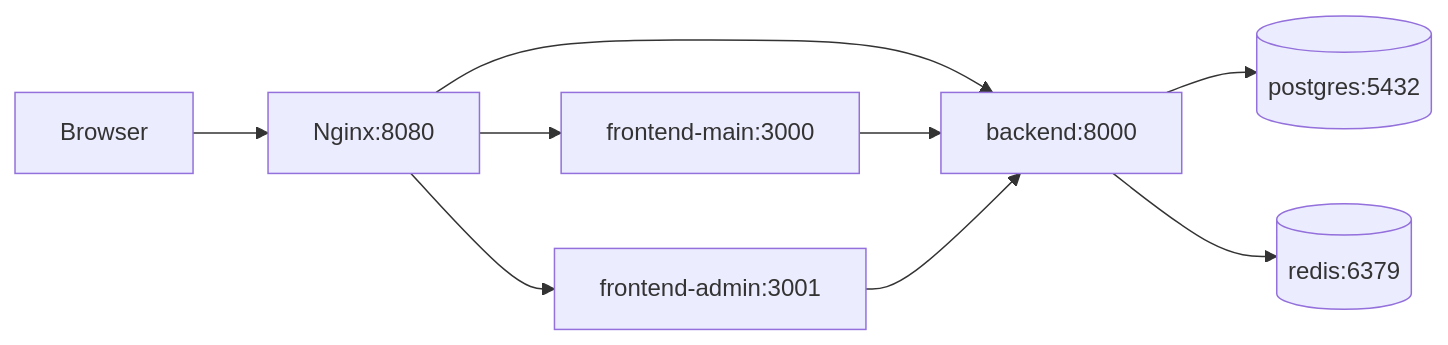
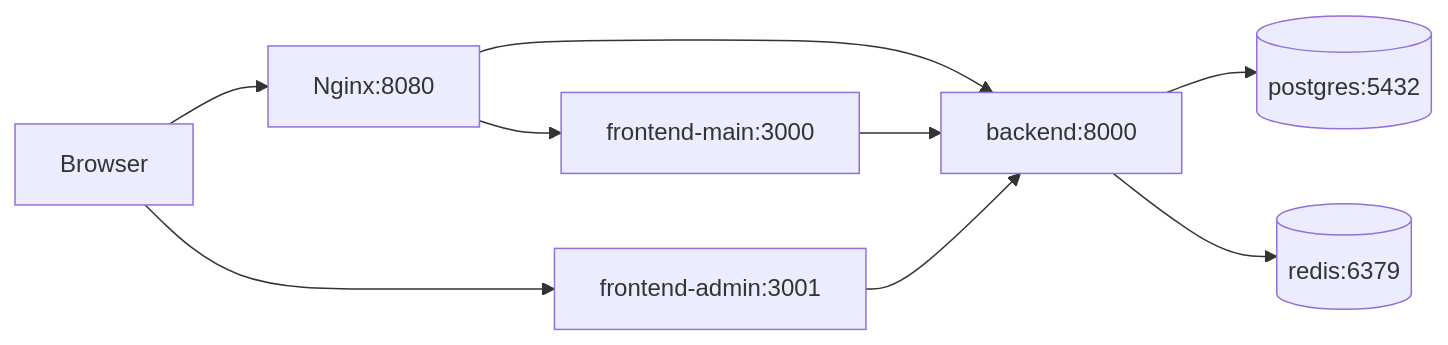
Before and after one commit to ashikur-rahman-fh/multi-app-starter: the diagram in docs/architecture.md, drawn with Mermaid. The commit also changed other lines of this file and 58 other files, not shown here.

````diff
--- a/docs/architecture.md
+++ b/docs/architecture.md
@@ -68,11 +68,11 @@
 ```mermaid
 flowchart LR
   Browser --> NginxDev[Nginx:8080]
+  Browser --> AdminNext[frontend-admin:3001]
   NginxDev --> MainNext[frontend-main:3000]
-  NginxDev --> AdminNext[frontend-admin:3001]
   NginxDev --> Django[backend:8000]
   MainNext --> Django
   AdminNext --> Django
   Django --> Postgres[(postgres:5432)]
   Django --> Redis[(redis:6379)]
 ```
````
